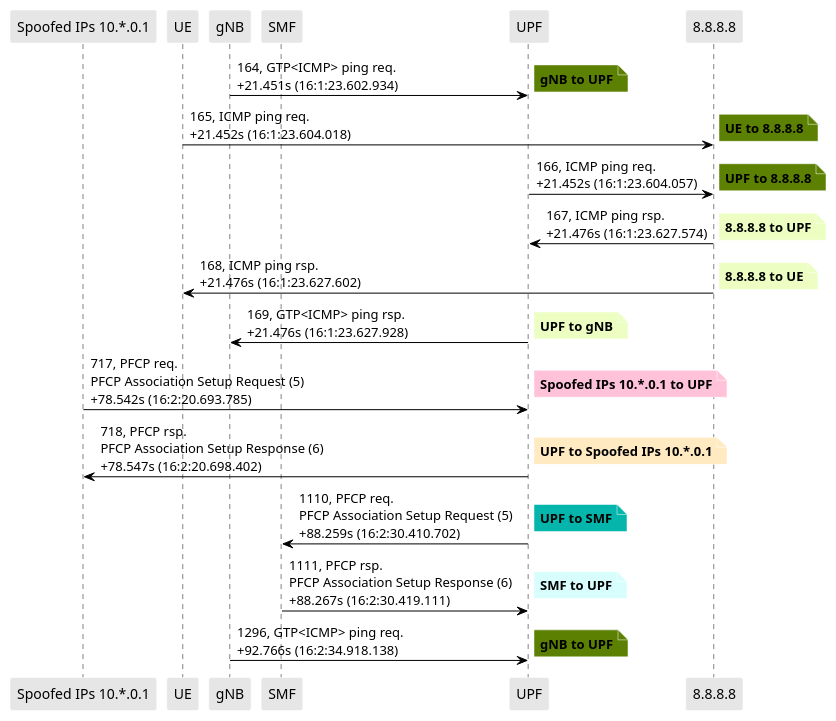
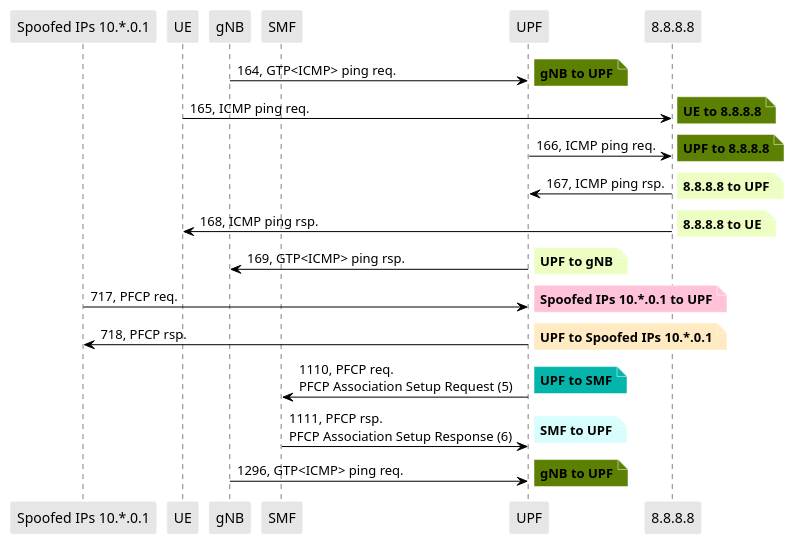
Before and after one commit to lilyhuegerich/5G: the diagram in PCAPS/Core/flood_attack_edited.puml, drawn with PlantUML. The commit also changed 33 other files, not shown here.

```diff
--- a/PCAPS/Core/flood_attack_edited.puml
+++ b/PCAPS/Core/flood_attack_edited.puml
@@ -1,82 +1,82 @@
 @startuml
 skinparam shadowing false
 skinparam NoteBorderColor white
 skinparam sequence {
     ArrowColor black
     LifeLineBorderColor black
     LifeLineBackgroundColor black
     ParticipantBorderColor white
     ParticipantBackgroundColor #e6e6e6
 }
 participant "Spoofed IPs 10.*.0.1"
 participant "UE"
 participant "gNB"
 participant "SMF"
 participant "UPF"
 
-"gNB" -> "UPF": 164, GTP<ICMP> ping req.\n+21.451s (16:1:23.602.934)
+"gNB" -> "UPF": 164, GTP<ICMP> ping req.
 
 note right #5C8001
 **gNB to UPF**
 end note
 
-"UE" -> "8.8.8.8": 165, ICMP ping req.\n+21.452s (16:1:23.604.018)
+"UE" -> "8.8.8.8": 165, ICMP ping req.
 
 note right #5C8001
 **UE to 8.8.8.8**
 end note
 
-"UPF" -> "8.8.8.8": 166, ICMP ping req.\n+21.452s (16:1:23.604.057)
+"UPF" -> "8.8.8.8": 166, ICMP ping req.
 
 note right #5C8001
 **UPF to 8.8.8.8**
 end note
 
-"8.8.8.8" -> "UPF": 167, ICMP ping rsp.\n+21.476s (16:1:23.627.574)
+"8.8.8.8" -> "UPF": 167, ICMP ping rsp.
 
 note right #EDFEC2
 **8.8.8.8 to UPF**
 end note
 
-"8.8.8.8" -> "UE": 168, ICMP ping rsp.\n+21.476s (16:1:23.627.602)
+"8.8.8.8" -> "UE": 168, ICMP ping rsp.
 
 note right #EDFEC2
 **8.8.8.8 to UE**
 end note
 
-"UPF" -> "gNB": 169, GTP<ICMP> ping rsp.\n+21.476s (16:1:23.627.928)
+"UPF" -> "gNB": 169, GTP<ICMP> ping rsp.
 
 note right #EDFEC2
 **UPF to gNB**
 end note
-"Spoofed IPs 10.*.0.1" -> "UPF": 717, PFCP req.\nPFCP Association Setup Request (5)\n+78.542s (16:2:20.693.785)
+"Spoofed IPs 10.*.0.1" -> "UPF": 717, PFCP req.
 
 note right #FFC2D9
 **Spoofed IPs 10.*.0.1 to UPF**
 end note
 
-"UPF" -> "Spoofed IPs 10.*.0.1": 718, PFCP rsp.\nPFCP Association Setup Response (6)\n+78.547s (16:2:20.698.402)
+"UPF" -> "Spoofed IPs 10.*.0.1": 718, PFCP rsp.
 
 note right #FFEAC2
 **UPF to Spoofed IPs 10.*.0.1**
 end note
 
-"UPF" -> "SMF": 1110, PFCP req.\nPFCP Association Setup Request (5)\n+88.259s (16:2:30.410.702)
+"UPF" -> "SMF": 1110, PFCP req.\nPFCP Association Setup Request (5)
 
 note right #03B5AA
 **UPF to SMF**
 end note
 
-"SMF" -> "UPF": 1111, PFCP rsp.\nPFCP Association Setup Response (6)\n+88.267s (16:2:30.419.111)
+"SMF" -> "UPF": 1111, PFCP rsp.\nPFCP Association Setup Response (6)
 
 note right #D7FEFC
 **SMF to UPF**
 end note
 
-"gNB" -> "UPF": 1296, GTP<ICMP> ping req.\n+92.766s (16:2:34.918.138)
+"gNB" -> "UPF": 1296, GTP<ICMP> ping req.
 
 note right #5C8001
 **gNB to UPF**
 end note
 
 @enduml
```
